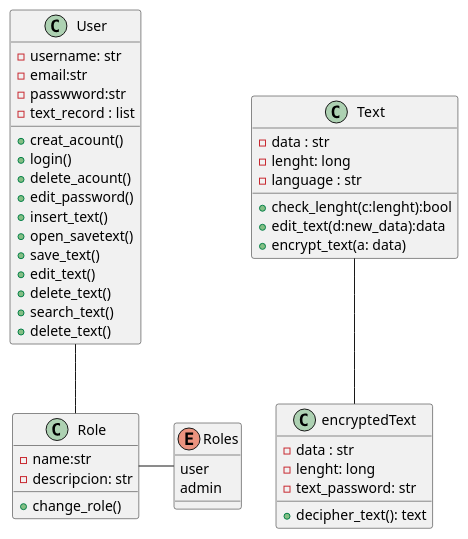
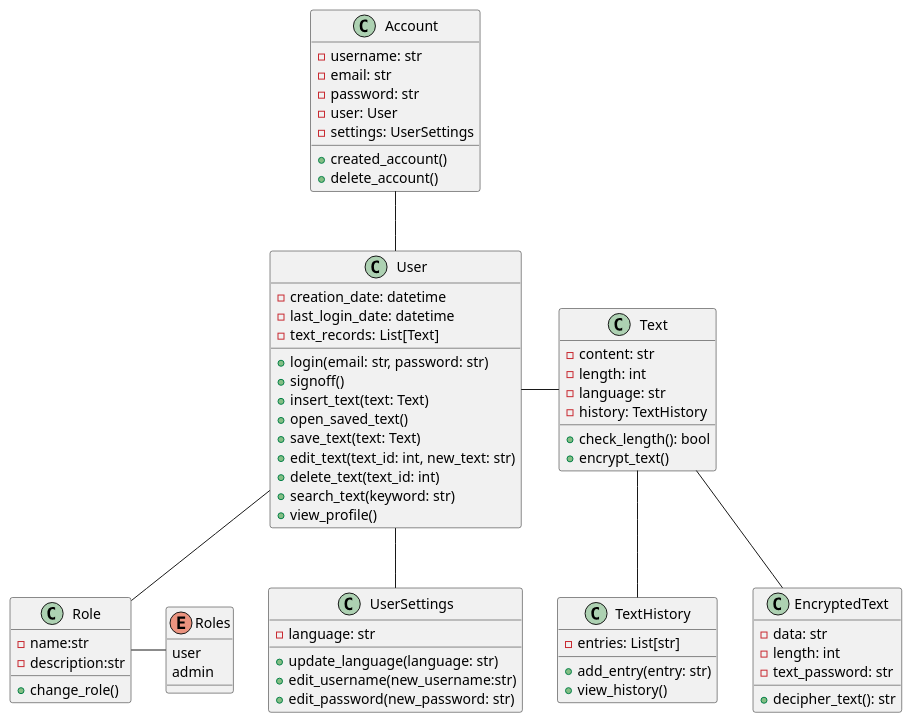
One commit to julietachaki/ProyectoSoftware changed the diagram in docs/diagram.wsd. Above: the diagram before and after it, drawn with PlantUML.

Commit message:
#2 feat: update diagram.wsd

```diff
--- a/docs/diagram.wsd
+++ b/docs/diagram.wsd
@@ -1,47 +1,67 @@
 @startuml ClassDiagram
+class Account{
+    -username: str
+    -email: str
+    -password: str
+    -user: User
+    -settings: UserSettings
+    +created_account()
+    +delete_account()
+}
 class User{
-    -username: str
-    -email:str
-    -passwword:str
-    -text_record : list
-    +creat_acount()
-    +login()
-    +delete_acount()
-    +edit_password()
-    +insert_text()
-    +open_savetext()
-    +save_text()
-    +edit_text()
-    +delete_text()
-    +search_text()
-    +delete_text()
-    
+    -creation_date: datetime
+    -last_login_date: datetime
+    -text_records: List[Text]
+    +login(email: str, password: str)
+    +signoff()
+    +insert_text(text: Text)
+    +open_saved_text()
+    +save_text(text: Text)
+    +edit_text(text_id: int, new_text: str)
+    +delete_text(text_id: int)
+    +search_text(keyword: str)
+    +view_profile()
+}
+class UserSettings{
+    -language: str
+    +update_language(language: str)
+    +edit_username(new_username:str)
+    +edit_password(new_password: str)
 }
 class Role{
     -name:str
-    -descripcion: str
+    -description:str
     +change_role()
 }
 enum Roles{
     user
     admin
 }
 class Text{
-    -data : str
-    -lenght: long
-    -language : str
-    +check_lenght(c:lenght):bool
-    +edit_text(d:new_data):data
-    +encrypt_text(a: data)
+    -content: str
+    -length: int
+    -language: str
+    -history: TextHistory
+    +check_length(): bool
+    +encrypt_text()
 }
-class encryptedText{
-    -data : str
-    -lenght: long
+class TextHistory{
+    -entries: List[str]
+    +add_entry(entry: str)
+    +view_history()
+}
+class EncryptedText{
+    -data: str
+    -length: int
     -text_password: str
-    +decipher_text(): text
+    +decipher_text(): str
 }
 
 User -- Role
 Role - Roles
-Text -- encryptedText
+Text -- EncryptedText
+Account-- User
+User -- UserSettings
+User - Text
+Text -- TextHistory
 @enduml
```
